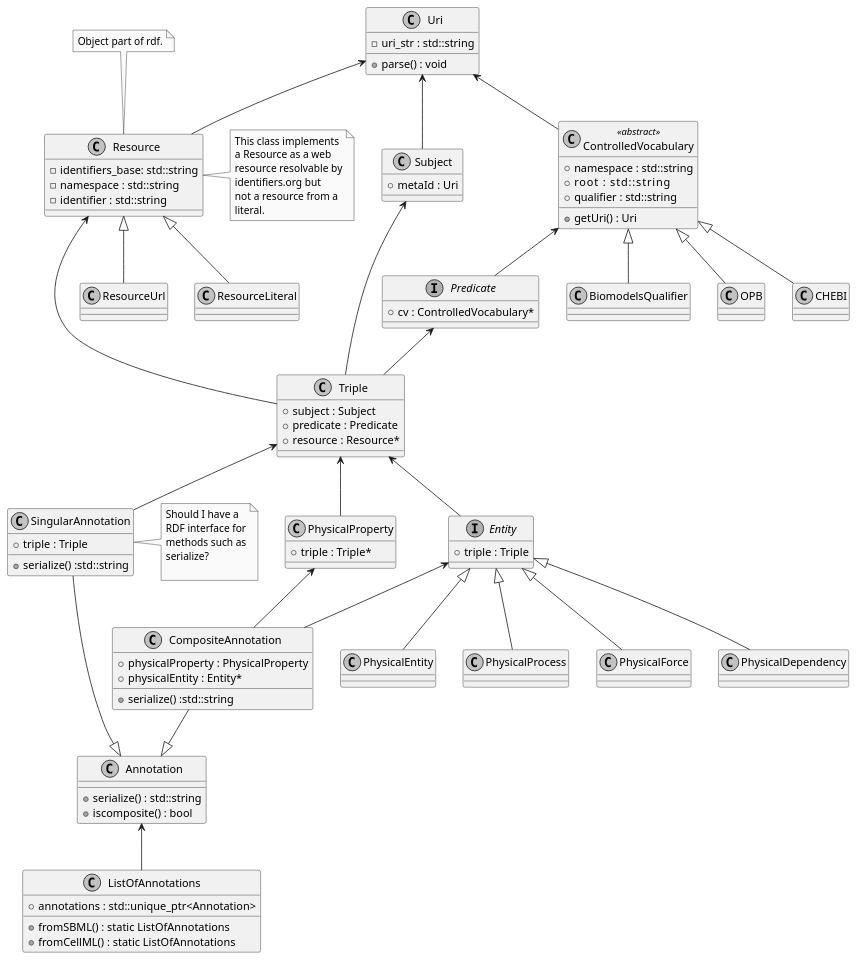
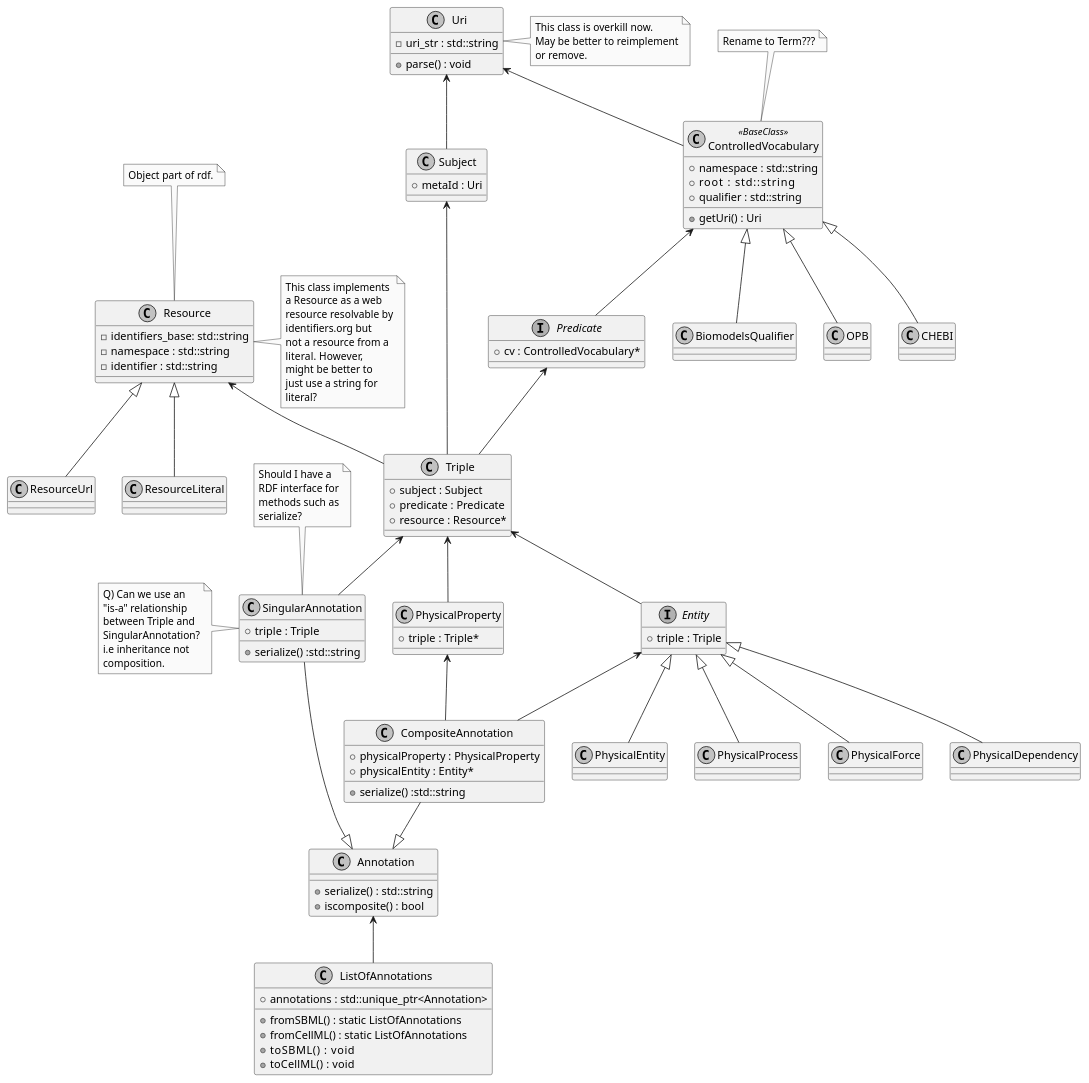
Before and after one commit to sys-bio/libOmexMeta: the diagram in Design/CiaransDesign.puml, drawn with PlantUML. The commit also changed 1 other file, not shown here.

```diff
--- a/Design/CiaransDesign.puml
+++ b/Design/CiaransDesign.puml
@@ -1,187 +1,160 @@
 @startuml
 skinparam monochrome true
+
+
 
 'Base class for all annotations
 class Annotation {
     + serialize() : std::string
     + iscomposite() : bool
 }
-'Q) Conceptually, could we use an isa relationshop between singular annotation and Triple?
-
-'Should these be strings??
-'each attribute here should themselves be an annotation unit?
-'class ModelLevelAnnotation {
-'    + pubmedID : Triple
-'    + author : Triple
-'    + description : Triple
-'}
-'
-'Triple <-- ModelLevelAnnotation
-'SingularAnnotation <|-- ModelLevelAnnotation
+'todo Conceptually, could we use an isa relationshop between singular annotation and Triple?
 
 class SingularAnnotation {
     + triple : Triple
     + serialize() :std::string
 }
-note right of SingularAnnotation
+note top of SingularAnnotation
     Should I have a
     RDF interface for
     methods such as
     serialize?
-
 end note
 
+note left of SingularAnnotation
+    Q) Can we use an
+    "is-a" relationship
+    between Triple and
+    SingularAnnotation?
+    i.e inheritance not
+    composition.
+end note
 'Not sure what type the physicalEntity / physicalProperty should have.
 'Not sure what the physicalEntity should be called.
 'From section 2.27 of omex metadata spec: physical entity, process, force or dependency that bears the physical property.
 class CompositeAnnotation {
     + physicalProperty : PhysicalProperty
     + physicalEntity : Entity*
     + serialize() :std::string
 }
 
 SingularAnnotation --|> Annotation
 CompositeAnnotation --|> Annotation
 Triple <-- SingularAnnotation
 
-
-'Its possible this may serve as feedback for Max's document. The way its currently
-'structured, leads us to think model level, semantic, non-semantic and composite
-'annotations are separate types of annotation. Is this the case? Or are model level
-'annotations also singular/composite annotations? From this document, the relationship
-'between these types of annotation are not completly clear
-
-'AnnotationBase <|-- SingularAnnotation
-'AnnotationBase <|-- CompositeAnnotation
-
-'Should there be some kind of interface to the identifiers.org website?
 class Uri {
     - uri_str : std::string
     + parse() : void
 }
-
+note right of Uri
+    This class is overkill now.
+    May be better to reimplement
+    or remove.
+end note
 class Subject {
     + metaId : Uri
 }
 
 interface Predicate {
     + cv : ControlledVocabulary*
 }
-class ControlledVocabulary <<abstract>> {
+class ControlledVocabulary <<BaseClass>> {
     + namespace : std::string
     + root      : std::string
     + qualifier : std::string
     + getUri() : Uri
 }
+note top of ControlledVocabulary
+    Rename to Term???
+end note
 ControlledVocabulary <-- Predicate
 Uri <-- ControlledVocabulary
 
 class BiomodelsQualifier {}
 class OPB {}
 class CHEBI {}
 ControlledVocabulary <|-- BiomodelsQualifier
 ControlledVocabulary <|-- OPB
 ControlledVocabulary <|-- CHEBI
 
 
 class Resource {
     - identifiers_base: std::string
     - namespace : std::string
     - identifier : std::string
 }
 note right of Resource
     This class implements
     a Resource as a web
     resource resolvable by
     identifiers.org but
     not a resource from a
-    literal.
+    literal. However,
+    might be better to
+    just use a string for
+    literal?
 end note
 class ResourceUrl {}
 
 class ResourceLiteral {}
 
 Resource <|-- ResourceUrl
 Resource <|-- ResourceLiteral
 
 note top of Resource
     Object part of rdf.
 end note
 
 
 class Triple {
     + subject : Subject
     + predicate : Predicate
     + resource : Resource*
 }
 
 Subject <-- Triple
 Predicate <-- Triple
 Resource <-- Triple
 
 
 Uri <-- Subject
-Uri <-- Resource
-
-'Triple <-- AnnotationBase
-'
-'class BiomodelsQualifier {
-'
-'}
-'
-'class DublinCoreMetadataQualifier {
-'
-'}
-'
-'class OPB {
-'
-'}
-'
-'class FMA {
-'
-'}
-'
-'Predicate <|-- BiomodelsQualifier
-'Predicate <|-- DublinCoreMetadataQualifier
-'Predicate <|-- OPB
-'Predicate <|-- FMA
-
-
 
 class PhysicalProperty {
     + triple : Triple*
 }
 Triple <-- PhysicalProperty
 
 interface Entity {
     + triple : Triple
 }
 Triple <-- Entity
 
 class PhysicalEntity {}
 class PhysicalProcess {}
 class PhysicalForce {}
 class PhysicalDependency {}
 
 Entity <|-- PhysicalEntity
 Entity <|-- PhysicalProcess
 Entity <|-- PhysicalForce
 Entity <|-- PhysicalDependency
 
 Entity <-- CompositeAnnotation
 PhysicalProperty <-- CompositeAnnotation
 
 
 class ListOfAnnotations {
     + annotations : std::unique_ptr<Annotation>
     + fromSBML() : static ListOfAnnotations
     + fromCellML() : static ListOfAnnotations
+    + toSBML() :    void
+    + toCellML() :  void
 }
 
 Annotation <-- ListOfAnnotations
 
 
 
 
 
 @enduml
```
